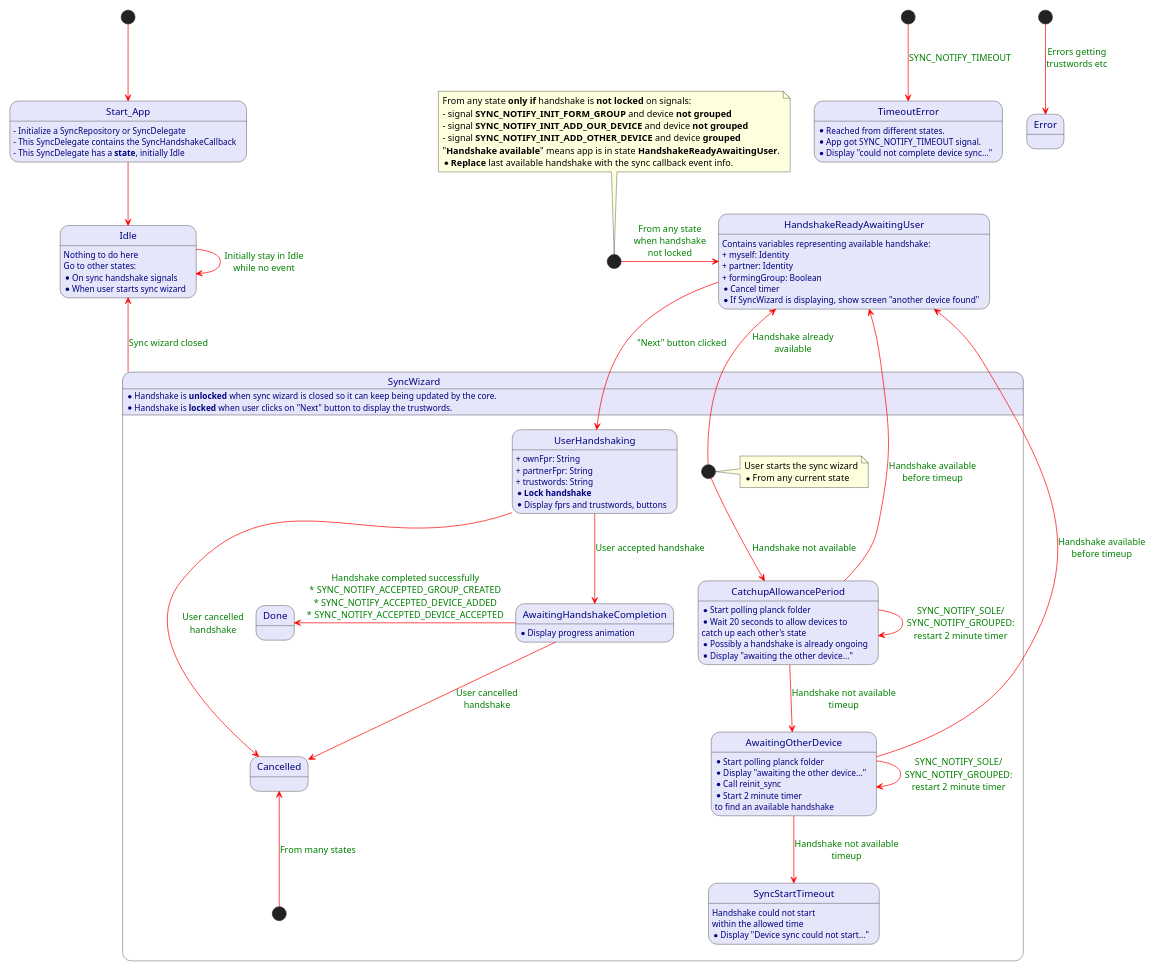
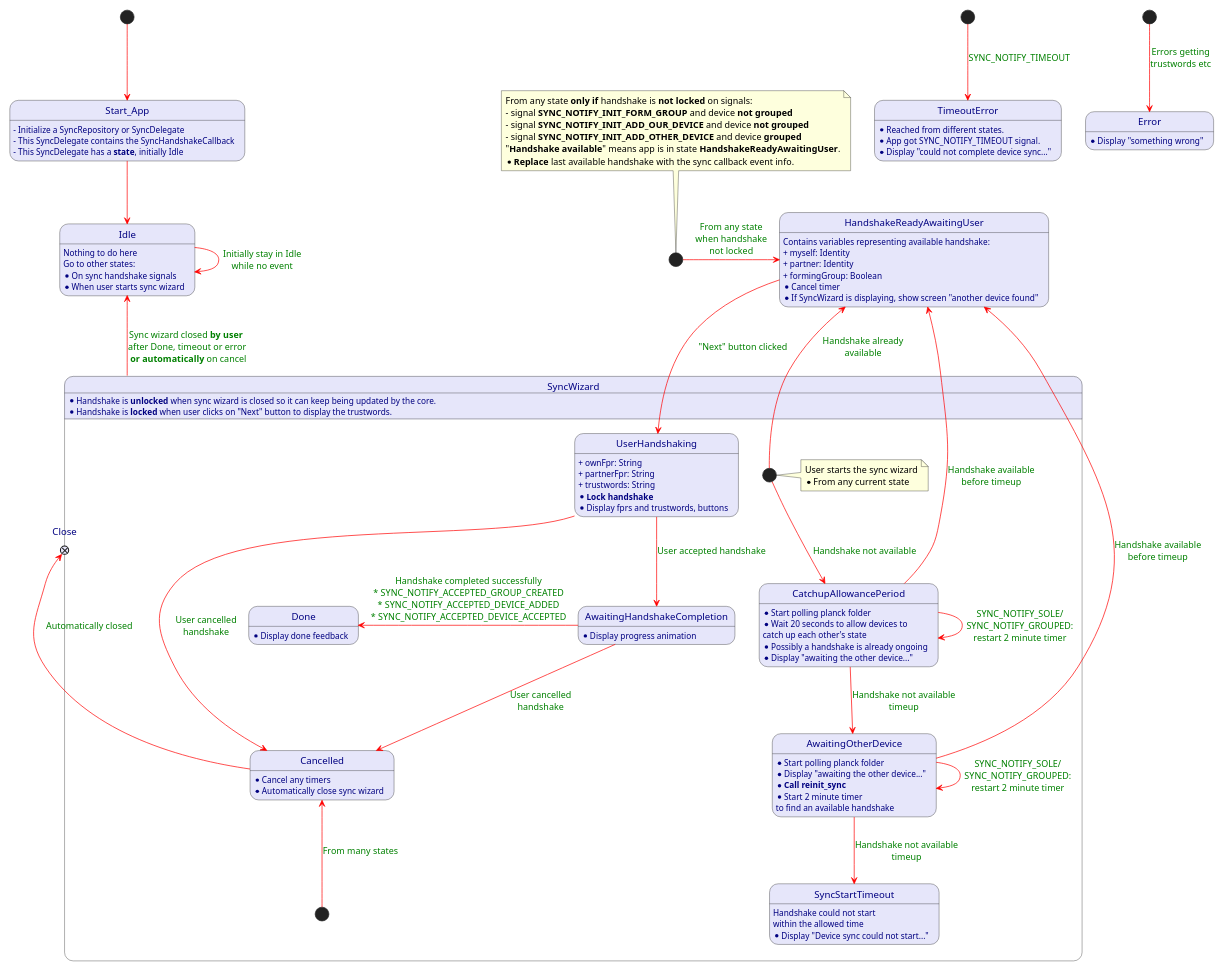
One commit to plancksecurity/android-planckForAndroid changed the diagram in diagrams/sync/SyncFlowStateDiagram.puml. Above: the diagram before and after it, drawn with PlantUML.

Commit message:
EFA-348 Add more info to Cancelled and Done

```diff
--- a/diagrams/sync/SyncFlowStateDiagram.puml
+++ b/diagrams/sync/SyncFlowStateDiagram.puml
@@ -1,119 +1,125 @@
 @startuml
 'https://plantuml.com/state-diagram
 'skinparam ranksep 20
 skinparam dpi 125
 'skinparam packageTitleAlignment left
 'skinparam linetype ortho
 'skinparam linetype polyline
 'left to right direction
 skinparam arrowColor red
 skinparam arrowFontColor green
 'skinparam handwritten true
 skinparam State {
     AttributeFontcolor navy
     BackgroundColor lavender
 }
 
 
 scale 800 width
 scale 800 height
 
 [*] --> Start_App
 Start_App : - Initialize a SyncRepository or SyncDelegate
 Start_App : - This SyncDelegate contains the SyncHandshakeCallback
 Start_App : - This SyncDelegate has a **state**, initially Idle
 
 Start_App -down-> Idle
 Idle: Nothing to do here
 Idle: Go to other states:
 Idle: * On sync handshake signals
 Idle: * When user starts sync wizard
 Idle -> Idle : Initially stay in Idle\nwhile no event
 'Idle ---> Sync_Wizard
 state SyncWizard {
 SyncWizard: * Handshake is **unlocked** when sync wizard is closed so it can keep being updated by the core.
 SyncWizard: * Handshake is **locked** when user clicks on "Next" button to display the trustwords.
     state Wizard_Start <<start>>
     note right of Wizard_Start
       User starts the sync wizard
       * From any current state
     end note
 
     Wizard_Start --> CatchupAllowancePeriod : Handshake not available
 
     CatchupAllowancePeriod: * Start polling planck folder
     CatchupAllowancePeriod: * Wait 20 seconds to allow devices to \ncatch up each other's state
     CatchupAllowancePeriod: * Possibly a handshake is already ongoing
     CatchupAllowancePeriod: * Display "awaiting the other device..."
 
     CatchupAllowancePeriod --> CatchupAllowancePeriod : SYNC_NOTIFY_SOLE/\nSYNC_NOTIFY_GROUPED:\nrestart 2 minute timer
     CatchupAllowancePeriod --> AwaitingOtherDevice : Handshake not available\ntimeup
     AwaitingOtherDevice: * Start polling planck folder
     AwaitingOtherDevice: * Display "awaiting the other device..."
-    AwaitingOtherDevice: * Call reinit_sync
+    AwaitingOtherDevice: * **Call reinit_sync**
     AwaitingOtherDevice: * Start 2 minute timer
     AwaitingOtherDevice: to find an available handshake
     AwaitingOtherDevice --> AwaitingOtherDevice : SYNC_NOTIFY_SOLE/\nSYNC_NOTIFY_GROUPED:\nrestart 2 minute timer
     AwaitingOtherDevice --> SyncStartTimeout : Handshake not available\ntimeup
     SyncStartTimeout: Handshake could not start\nwithin the allowed time
     SyncStartTimeout: * Display "Device sync could not start..."
 
     state UserHandshaking
     UserHandshaking: + ownFpr: String
     UserHandshaking: + partnerFpr: String
     UserHandshaking: + trustwords: String
     UserHandshaking: * **Lock handshake**
     UserHandshaking: * Display fprs and trustwords, buttons
 
     state AwaitingHandshakeCompletion
     AwaitingHandshakeCompletion: * Display progress animation
     UserHandshaking --> AwaitingHandshakeCompletion : User accepted handshake
-    AwaitingHandshakeCompletion ---left-> Done : Handshake completed successfully\n* SYNC_NOTIFY_ACCEPTED_GROUP_CREATED\n* SYNC_NOTIFY_ACCEPTED_DEVICE_ADDED\n* SYNC_NOTIFY_ACCEPTED_DEVICE_ACCEPTED
+    AwaitingHandshakeCompletion -left> Done : Handshake completed successfully\n* SYNC_NOTIFY_ACCEPTED_GROUP_CREATED\n* SYNC_NOTIFY_ACCEPTED_DEVICE_ADDED\n* SYNC_NOTIFY_ACCEPTED_DEVICE_ACCEPTED
+    Done: * Display done feedback
 
     UserHandshaking --> Cancelled : User cancelled\nhandshake
+    Cancelled: * Cancel any timers
+    Cancelled: * Automatically close sync wizard
     state CancelledRoot <<start>>
     CancelledRoot -up-> Cancelled : From many states
     AwaitingHandshakeCompletion --> Cancelled : User cancelled\nhandshake
+    state Close <<exitPoint>>
+    Cancelled -[norank]left-> Close : Automatically closed
 }
 
-SyncWizard -up-> Idle : Sync wizard closed
+SyncWizard -up-> Idle : Sync wizard closed **by user** \nafter Done, timeout or error\n **or automatically** on cancel
 
 Wizard_Start --> HandshakeReadyAwaitingUser : Handshake already\navailable
 CatchupAllowancePeriod -up------> HandshakeReadyAwaitingUser : Handshake available\nbefore timeup
 AwaitingOtherDevice --> HandshakeReadyAwaitingUser : Handshake available\nbefore timeup
 HandshakeReadyAwaitingUser --> UserHandshaking : "Next" button clicked
 
 
 
 state HandshakeReadyAwaitingUser
 HandshakeReadyAwaitingUser: Contains variables representing available handshake:
 HandshakeReadyAwaitingUser: + myself: Identity
 HandshakeReadyAwaitingUser: + partner: Identity
 HandshakeReadyAwaitingUser: + formingGroup: Boolean
 HandshakeReadyAwaitingUser: * Cancel timer
 HandshakeReadyAwaitingUser: * If SyncWizard is displaying, show screen "another device found"
 
 state TimeoutRoot <<start>>
 TimeoutRoot --> TimeoutError : SYNC_NOTIFY_TIMEOUT
 TimeoutError: * Reached from different states.
 TimeoutError: * App got SYNC_NOTIFY_TIMEOUT signal.
 TimeoutError: * Display "could not complete device sync..."
 
 state ErrorRoot <<start>>
 ErrorRoot --> Error : Errors getting\ntrustwords etc
+Error: * Display "something wrong"
 
 
 
 state anyState <<start>>
 anyState -> HandshakeReadyAwaitingUser: From any state\nwhen handshake\nnot locked
 note top of anyState
 From any state **only if** handshake is **not locked** on signals:
 - signal **SYNC_NOTIFY_INIT_FORM_GROUP** and device **not grouped**
 - signal **SYNC_NOTIFY_INIT_ADD_OUR_DEVICE** and device **not grouped**
 - signal **SYNC_NOTIFY_INIT_ADD_OTHER_DEVICE** and device **grouped**
 "**Handshake available**" means app is in state **HandshakeReadyAwaitingUser**.
 * **Replace** last available handshake with the sync callback event info.
 end note
 
 
 @enduml
```
